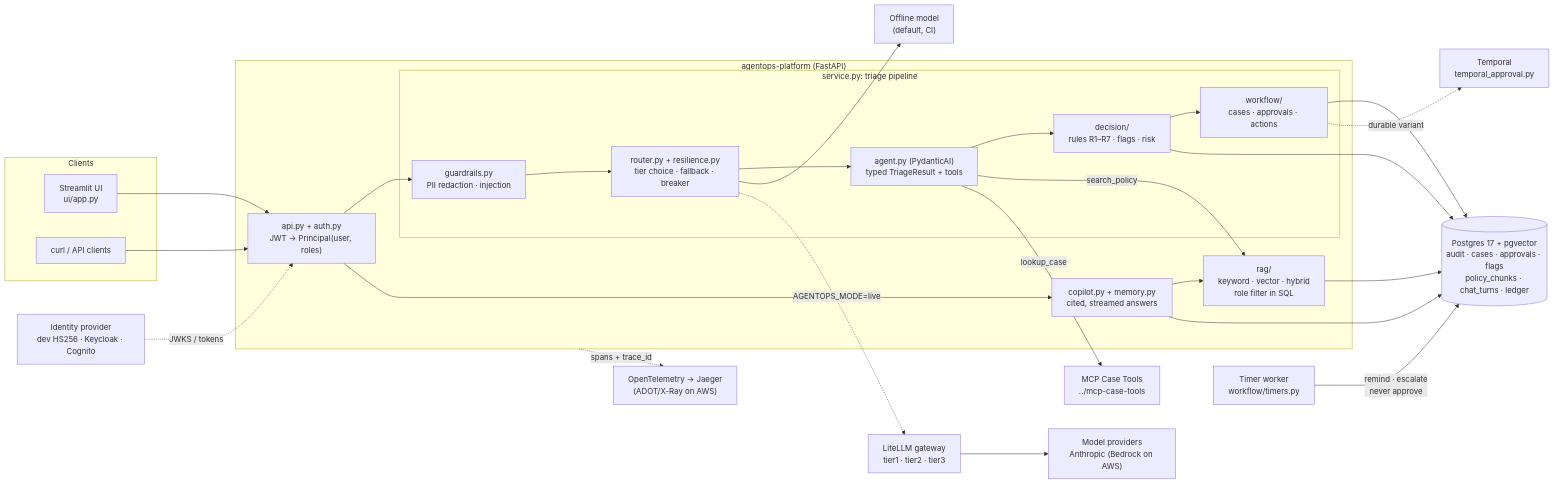
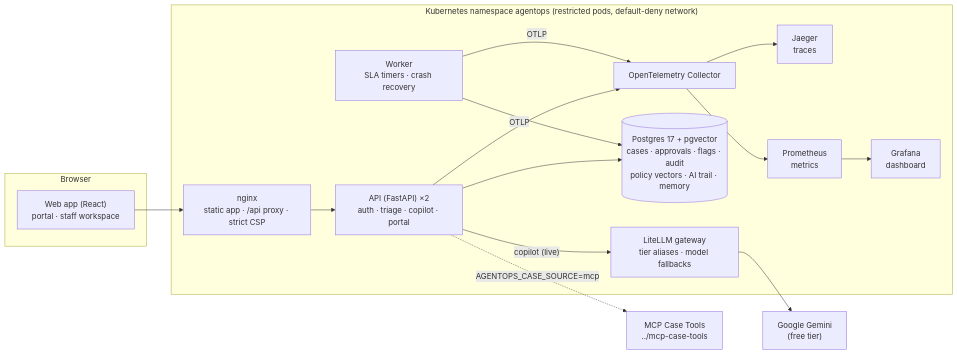
Before and after one commit to madhy-git/agentops-platform: the first of 2 diagrams in README.md, drawn with Mermaid. The commit also changed other lines of this file, not shown here.

````diff
--- a/README.md
+++ b/README.md
@@ -41,49 +129,31 @@
 ```mermaid
 flowchart LR
-    subgraph Clients
-        UI["Streamlit UI<br/>ui/app.py"]
-        CLI["curl / API clients"]
+    subgraph Browser
+        WEB["Web app (React)<br/>portal · staff workspace"]
     end
 
-    IDP["Identity provider<br/>dev HS256 · Keycloak · Cognito"]
-
-    subgraph App["agentops-platform (FastAPI)"]
-        API["api.py + auth.py<br/>JWT → Principal(user, roles)"]
-        subgraph Pipeline["service.py: triage pipeline"]
-            GR["guardrails.py<br/>PII redaction · injection"]
-            RT["router.py + resilience.py<br/>tier choice · fallback · breaker"]
-            AG["agent.py (PydanticAI)<br/>typed TriageResult + tools"]
-            DS["decision/<br/>rules R1–R7 · flags · risk"]
-            WF["workflow/<br/>cases · approvals · actions"]
-        end
-        CP["copilot.py + memory.py<br/>cited, streamed answers"]
-        RAG["rag/<br/>keyword · vector · hybrid<br/>role filter in SQL"]
+    subgraph Cluster["Kubernetes namespace agentops (restricted pods, default-deny network)"]
+        NGX["nginx<br/>static app · /api proxy · strict CSP"]
+        API["API (FastAPI) ×2<br/>auth · triage · copilot · portal"]
+        WK["Worker<br/>SLA timers · crash recovery"]
+        LLM["LiteLLM gateway<br/>tier aliases · model fallbacks"]
+        PG[("Postgres 17 + pgvector<br/>cases · approvals · flags · audit<br/>policy vectors · AI trail · memory")]
+        COL["OpenTelemetry Collector"]
+        JAE["Jaeger<br/>traces"]
+        PRO["Prometheus<br/>metrics"]
+        GRA["Grafana<br/>dashboard"]
     end
 
-    WK["Timer worker<br/>workflow/timers.py"]
-    TMP["Temporal<br/>temporal_approval.py"]
-    LLM["LiteLLM gateway<br/>tier1 · tier2 · tier3"]
-    OFF["Offline model<br/>(default, CI)"]
-    PROV["Model providers<br/>Anthropic (Bedrock on AWS)"]
+    GEM["Google Gemini<br/>(free tier)"]
     MCP["MCP Case Tools<br/>../mcp-case-tools"]
-    PG[("Postgres 17 + pgvector<br/>audit · cases · approvals · flags<br/>policy_chunks · chat_turns · ledger")]
-    OTEL["OpenTelemetry → Jaeger<br/>(ADOT/X-Ray on AWS)"]
 
-    UI --> API
-    CLI --> API
-    IDP -. "JWKS / tokens" .-> API
-    API --> GR --> RT --> AG --> DS --> WF
-    API --> CP
-    AG -- "search_policy" --> RAG
-    CP --> RAG
-    AG -- "lookup_case" --> MCP
-    RT --> OFF
-    RT -. "AGENTOPS_MODE=live" .-> LLM --> PROV
-    RAG --> PG
-    DS --> PG
-    WF --> PG
-    CP --> PG
-    WK -- "remind · escalate<br/>never approve" --> PG
-    WF -. "durable variant" .-> TMP
-    App -. "spans + trace_id" .-> OTEL
+    WEB --> NGX --> API
+    API --> PG
+    WK --> PG
+    API -- "copilot (live)" --> LLM --> GEM
+    API -. "AGENTOPS_CASE_SOURCE=mcp" .-> MCP
+    API -- "OTLP" --> COL
+    WK -- "OTLP" --> COL
+    COL --> JAE
+    COL --> PRO --> GRA
 ```
````
